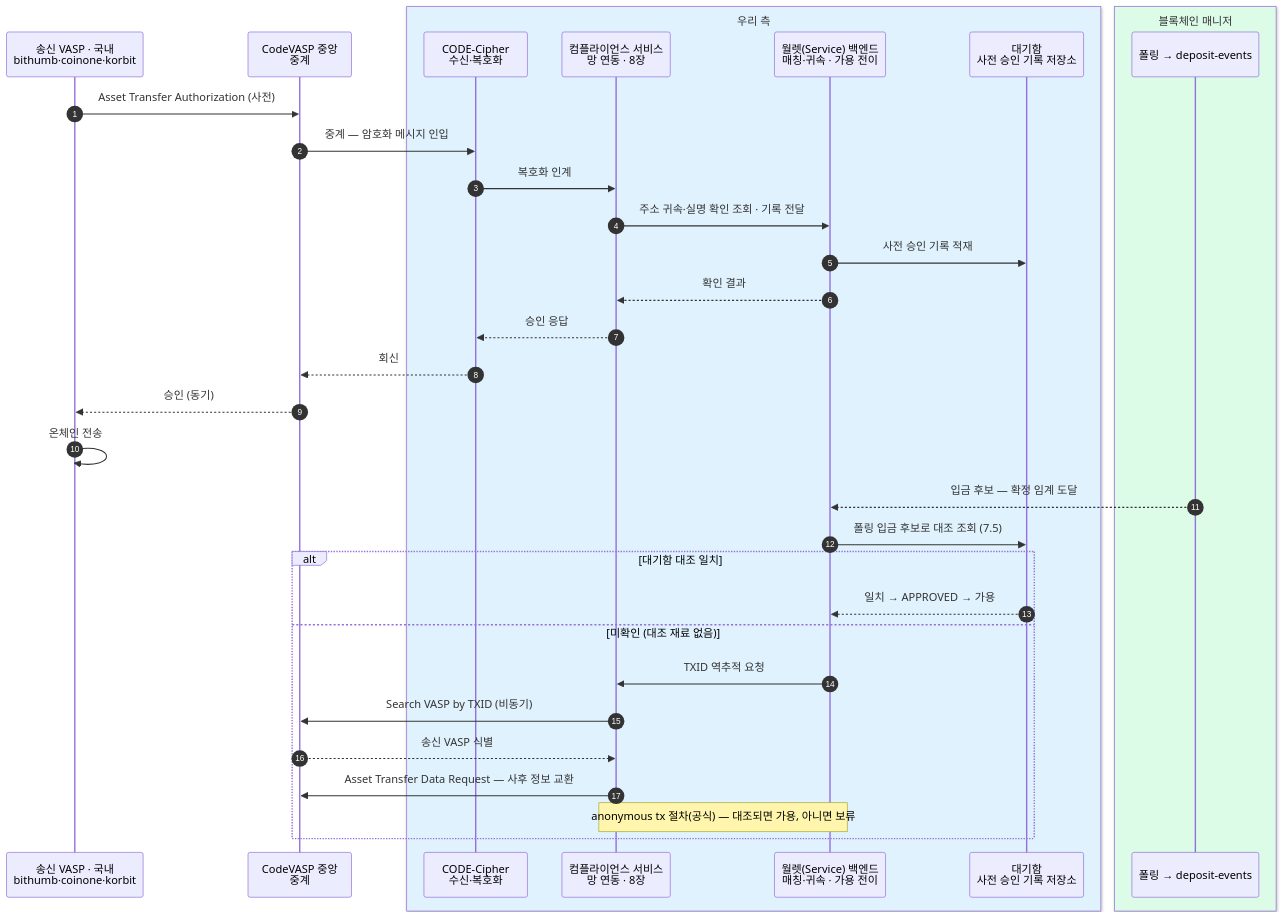
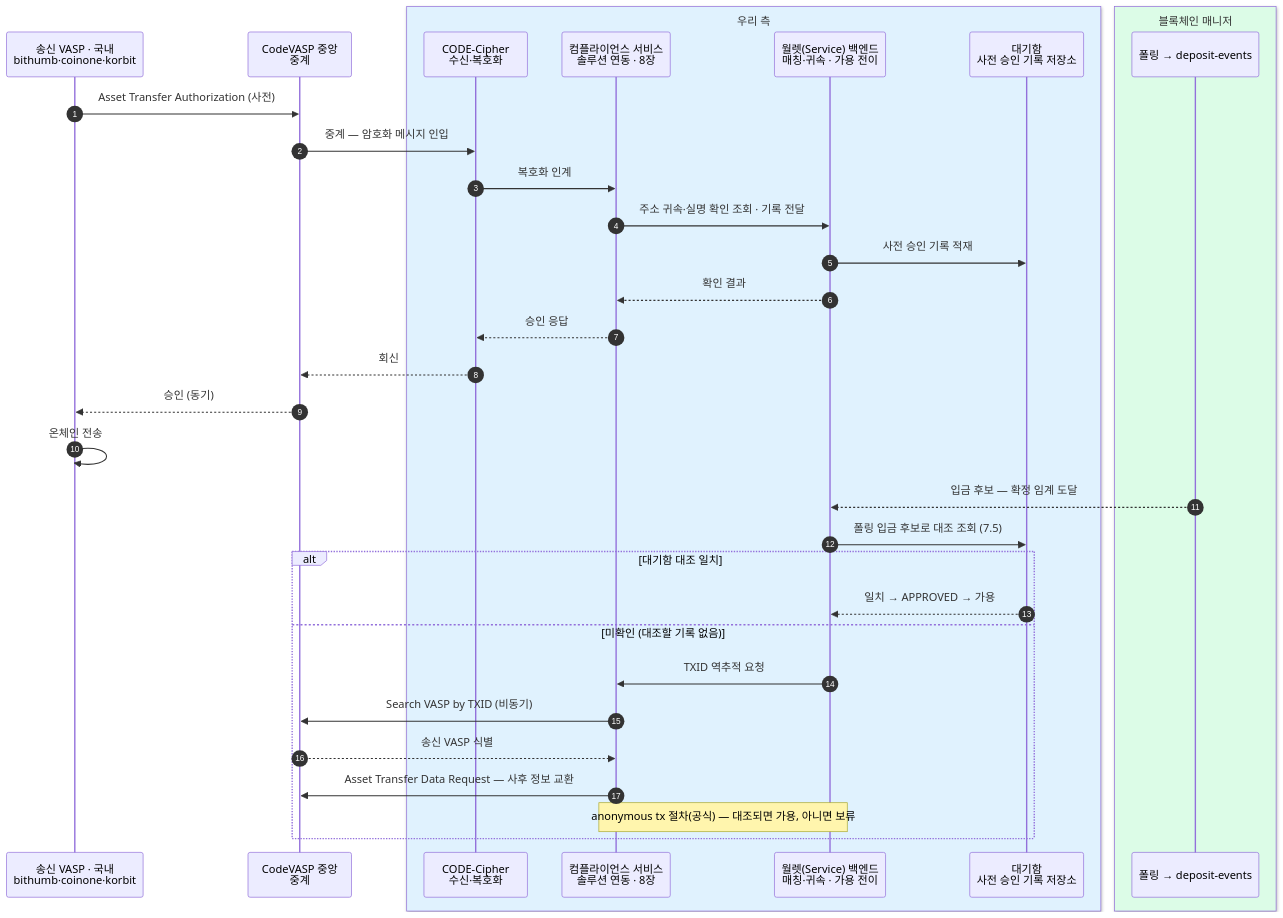
One commit to eunsujeo/eunpus changed diagram 11 of 11 in blockchain-manager/docs/트래블룰/설계/07-scenarios.md. Above: the diagram before and after it, drawn with Mermaid. The commit also changed other lines of this file and 26 other files, not shown here.

````diff
--- a/blockchain-manager/docs/트래블룰/설계/07-scenarios.md
+++ b/blockchain-manager/docs/트래블룰/설계/07-scenarios.md
@@ -463,37 +463,37 @@
 ```mermaid
 sequenceDiagram
     autonumber
     participant SV as 송신 VASP · 국내<br/>bithumb·coinone·korbit
     participant CV as CodeVASP 중앙<br/>중계
     box rgb(224,242,254) 우리 측
     participant CC as CODE-Cipher<br/>수신·복호화
-    participant TR as 컴플라이언스 서비스<br/>망 연동 · 8장
+    participant TR as 컴플라이언스 서비스<br/>솔루션 연동 · 8장
     participant BE as 월렛(Service) 백엔드<br/>매칭·귀속 · 가용 전이
     participant WQ as 대기함<br/>사전 승인 기록 저장소
     end
     box rgb(220,252,231) 블록체인 매니저
     participant BM as 폴링 → deposit-events
     end
 
     SV->>CV: Asset Transfer Authorization (사전)
     CV->>CC: 중계 — 암호화 메시지 인입
     CC->>TR: 복호화 인계
     TR->>BE: 주소 귀속·실명 확인 조회 · 기록 전달
     BE->>WQ: 사전 승인 기록 적재
     BE-->>TR: 확인 결과
     TR-->>CC: 승인 응답
     CC-->>CV: 회신
     CV-->>SV: 승인 (동기)
     SV->>SV: 온체인 전송
     BM-->>BE: 입금 후보 — 확정 임계 도달
     BE->>WQ: 폴링 입금 후보로 대조 조회 (7.5)
     alt 대기함 대조 일치
         WQ-->>BE: 일치 → APPROVED → 가용
-    else 미확인 (대조 재료 없음)
+    else 미확인 (대조할 기록 없음)
         BE->>TR: TXID 역추적 요청
         TR->>CV: Search VASP by TXID (비동기)
         CV-->>TR: 송신 VASP 식별
         TR->>CV: Asset Transfer Data Request — 사후 정보 교환
         Note over TR,BE: anonymous tx 절차(공식) — 대조되면 가용, 아니면 보류
     end
 ```
````
